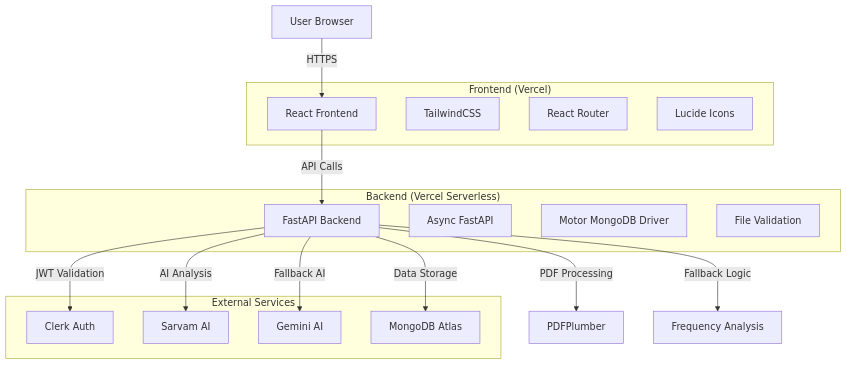
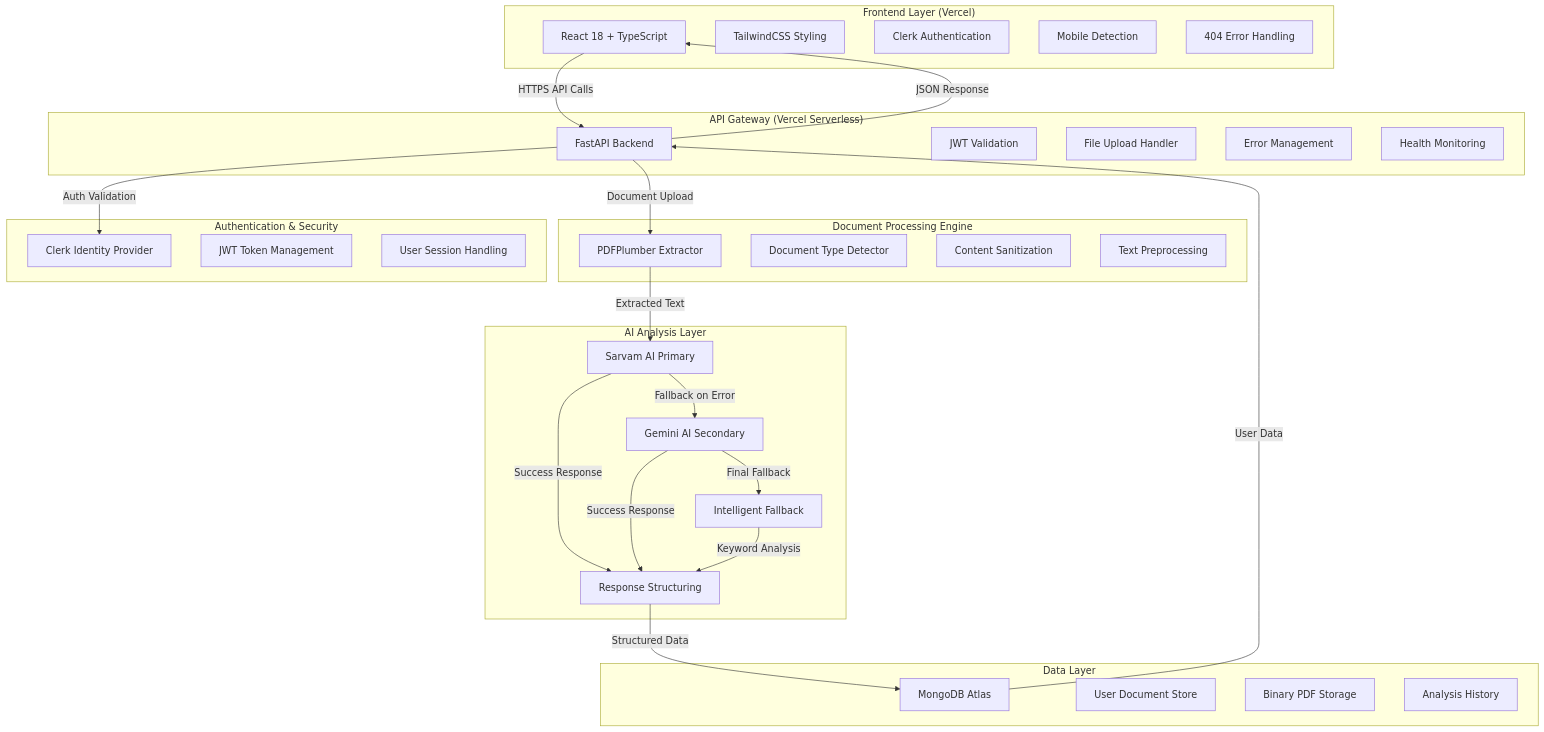
Before and after one commit to TechyCSR/AI-Powered-Document-Insight-Tool: the diagram in README.md, drawn with Mermaid. The commit also changed other lines of this file and 1 other file, not shown here.

````diff
--- a/README.md
+++ b/README.md
@@ -32,32 +22,58 @@
 ```mermaid
 graph TB
-    A[User Browser] -->|HTTPS| B[React Frontend]
-    B -->|API Calls| C[FastAPI Backend]
-    C -->|JWT Validation| D[Clerk Auth]
-    C -->|PDF Processing| E[PDFPlumber]
-    C -->|AI Analysis| F[Sarvam AI]
-    C -->|Fallback AI| G[Gemini AI]
-    C -->|Data Storage| H[MongoDB Atlas]
-    C -->|Fallback Logic| I[Frequency Analysis]
-    
-    subgraph "Frontend (Vercel)"
-        B
-        J[TailwindCSS]
-        K[React Router]
-        L[Lucide Icons]
+    subgraph "Frontend Layer (Vercel)"
+        A[React 18 + TypeScript]
+        A1[TailwindCSS Styling]
+        A2[Clerk Authentication]
+        A3[Mobile Detection]
+        A4[404 Error Handling]
     end
     
-    subgraph "Backend (Vercel Serverless)"
-        C
-        M[Async FastAPI]
-        N[Motor MongoDB Driver]
-        O[File Validation]
+    subgraph "API Gateway (Vercel Serverless)"
+        B[FastAPI Backend]
+        B1[JWT Validation]
+        B2[File Upload Handler]
+        B3[Error Management]
+        B4[Health Monitoring]
     end
     
-    subgraph "External Services"
-        D
-        F
-        G
-        H
+    subgraph "Document Processing Engine"
+        C[PDFPlumber Extractor]
+        C1[Document Type Detector]
+        C2[Content Sanitization]
+        C3[Text Preprocessing]
     end
+    
+    subgraph "AI Analysis Layer"
+        D[Sarvam AI Primary]
+        E[Gemini AI Secondary]
+        F[Intelligent Fallback]
+        G[Response Structuring]
+    end
+    
+    subgraph "Data Layer"
+        H[MongoDB Atlas]
+        H1[User Document Store]
+        H2[Binary PDF Storage]
+        H3[Analysis History]
+    end
+    
+    subgraph "Authentication & Security"
+        I[Clerk Identity Provider]
+        I1[JWT Token Management]
+        I2[User Session Handling]
+    end
+    
+    A -->|HTTPS API Calls| B
+    B -->|Document Upload| C
+    C -->|Extracted Text| D
+    D -->|Fallback on Error| E
+    E -->|Final Fallback| F
+    D -->|Success Response| G
+    E -->|Success Response| G
+    F -->|Keyword Analysis| G
+    G -->|Structured Data| H
+    B -->|Auth Validation| I
+    H -->|User Data| B
+    B -->|JSON Response| A
 ```
````
